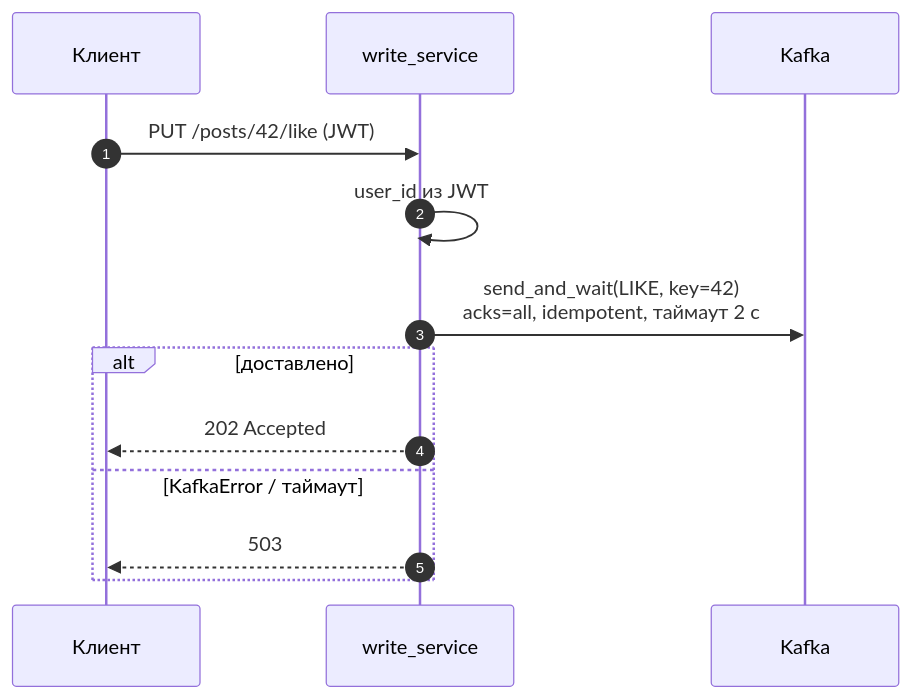
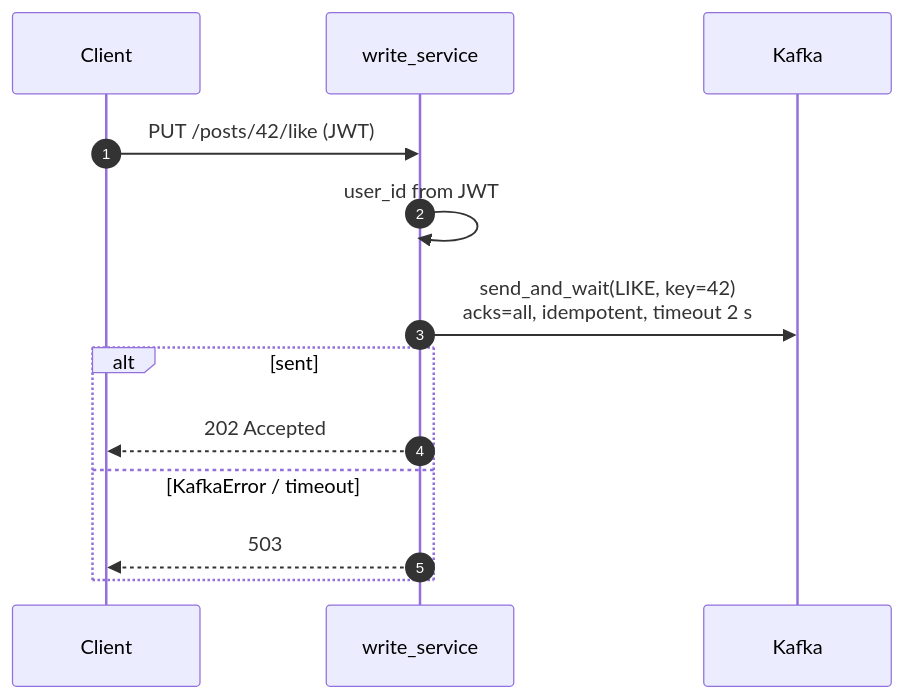
The second of 8 diagrams in sis2/README.md (elitekbtu/highload-backend), drawn with Mermaid before and after one commit. The commit also changed other lines of this file and 61 other files, not shown here.

````diff
--- a/sis2/README.md
+++ b/sis2/README.md
@@ -86,15 +90,15 @@
 ```mermaid
 sequenceDiagram
     autonumber
-    participant C as Клиент
+    participant C as Client
     participant W as write_service
     participant K as Kafka
     C->>W: PUT /posts/42/like (JWT)
-    W->>W: user_id из JWT
-    W->>K: send_and_wait(LIKE, key=42)<br/>acks=all, idempotent, таймаут 2 с
-    alt доставлено
+    W->>W: user_id from JWT
+    W->>K: send_and_wait(LIKE, key=42)<br/>acks=all, idempotent, timeout 2 s
+    alt sent
         W-->>C: 202 Accepted
-    else KafkaError / таймаут
+    else KafkaError / timeout
         W-->>C: 503
     end
 ```
````
